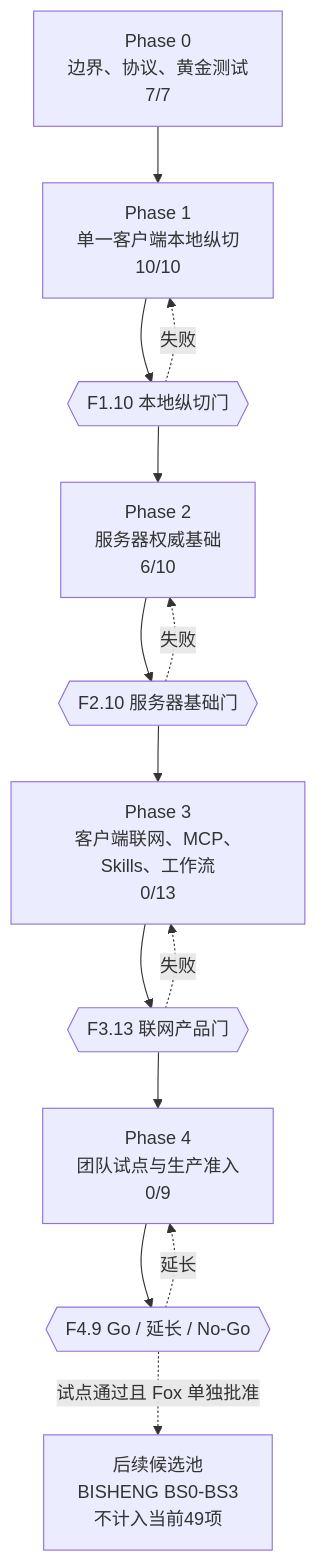
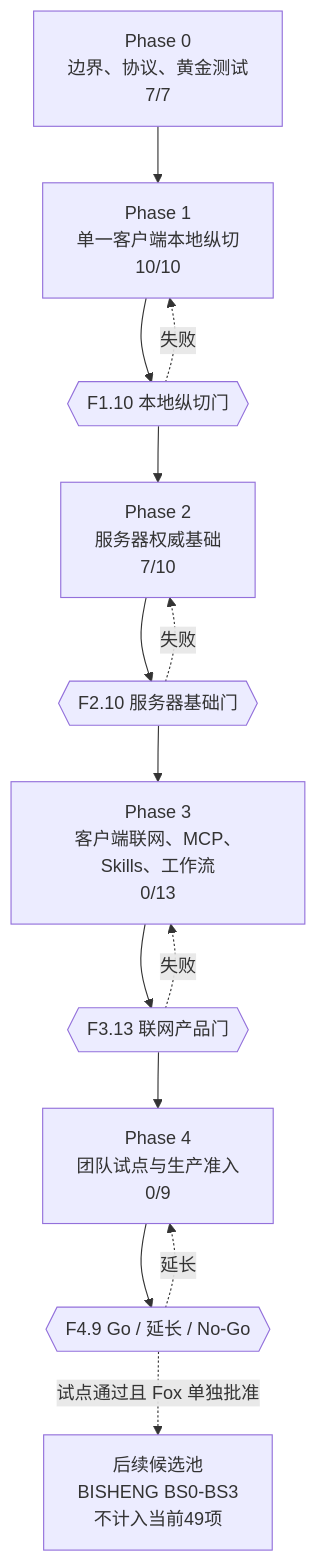
One commit to xingranya/fox changed the first of 6 diagrams in docs/plan/dependency-graph.md. Above: the diagram before and after it, drawn with Mermaid. The commit also changed other lines of this file and 35 other files, not shown here.

````diff
--- a/docs/plan/dependency-graph.md
+++ b/docs/plan/dependency-graph.md
@@ -5,20 +5,20 @@
 ```mermaid
 flowchart TD
     P0["Phase 0\n边界、协议、黄金测试\n7/7"]
     P1["Phase 1\n单一客户端本地纵切\n10/10"]
     G1{{"F1.10 本地纵切门"}}
-    P2["Phase 2\n服务器权威基础\n6/10"]
+    P2["Phase 2\n服务器权威基础\n7/10"]
     G2{{"F2.10 服务器基础门"}}
     P3["Phase 3\n客户端联网、MCP、Skills、工作流\n0/13"]
     G3{{"F3.13 联网产品门"}}
     P4["Phase 4\n团队试点与生产准入\n0/9"]
     G4{{"F4.9 Go / 延长 / No-Go"}}
     BS["后续候选池\nBISHENG BS0-BS3\n不计入当前49项"]
 
     P0 --> P1 --> G1 --> P2 --> G2 --> P3 --> G3 --> P4 --> G4
     G4 -. "试点通过且 Fox 单独批准" .-> BS
     G1 -. "失败" .-> P1
     G2 -. "失败" .-> P2
     G3 -. "失败" .-> P3
     G4 -. "延长" .-> P4
 ```
````
